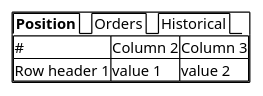
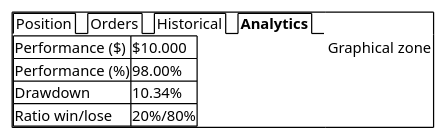
Before and after one commit to traderbook/documentation: diagram 17 of 17 in dev-docs/specs/fonctionnelles-detaillees.adoc, drawn with PlantUML. The commit also changed other lines of this file and 46 other files, not shown here.

```diff
--- a/dev-docs/specs/fonctionnelles-detaillees.adoc
+++ b/dev-docs/specs/fonctionnelles-detaillees.adoc
@@ -342,11 +660,14 @@
 [plantuml, format="svg"]
 ....
 salt
 {+
-{/ <b>Position | Orders | Historical }
+{/ Position | Orders | Historical | <b>Analytics }
+
 {#
-# | Column 2 | Column 3
-Row header 1 | value 1 | value 2
-}
+Performance ($) | $10.000
+Performance (%) | 98.00%
+Drawdown | 10.34%
+Ratio win/lose | 20%/80%
+} | { Graphical zone }
 }
 ....
```
